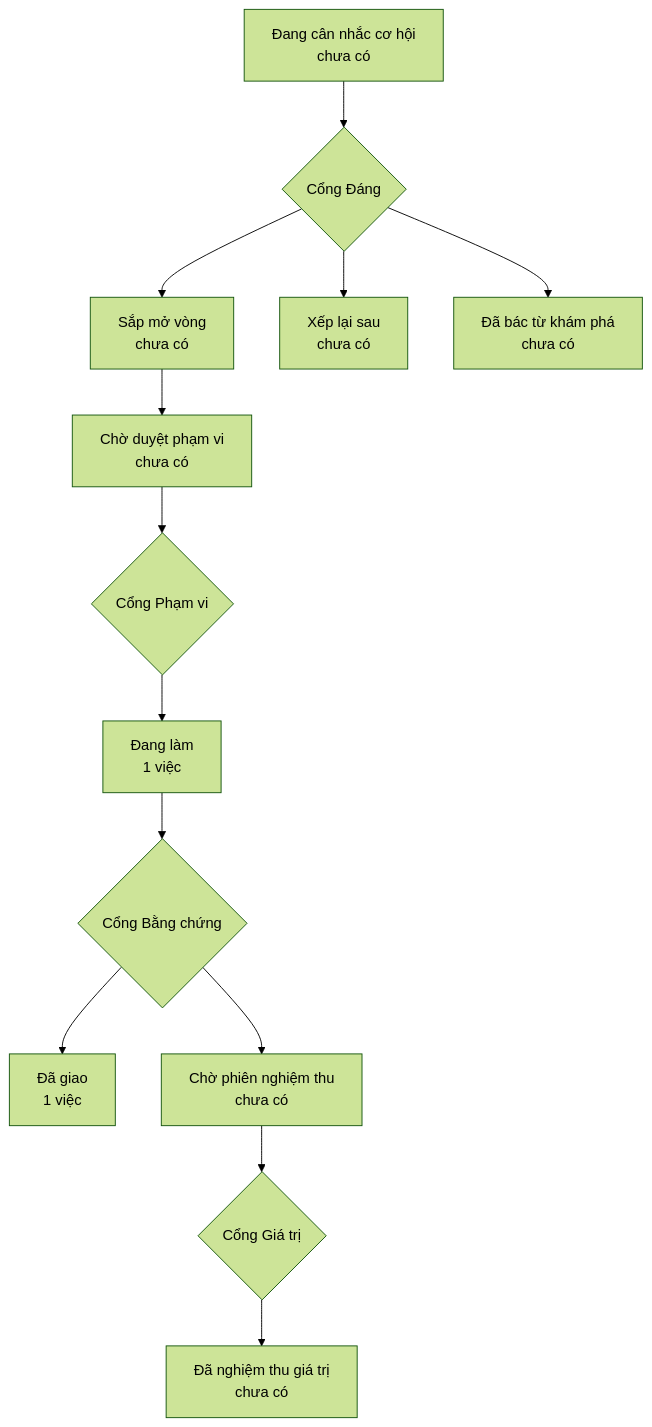
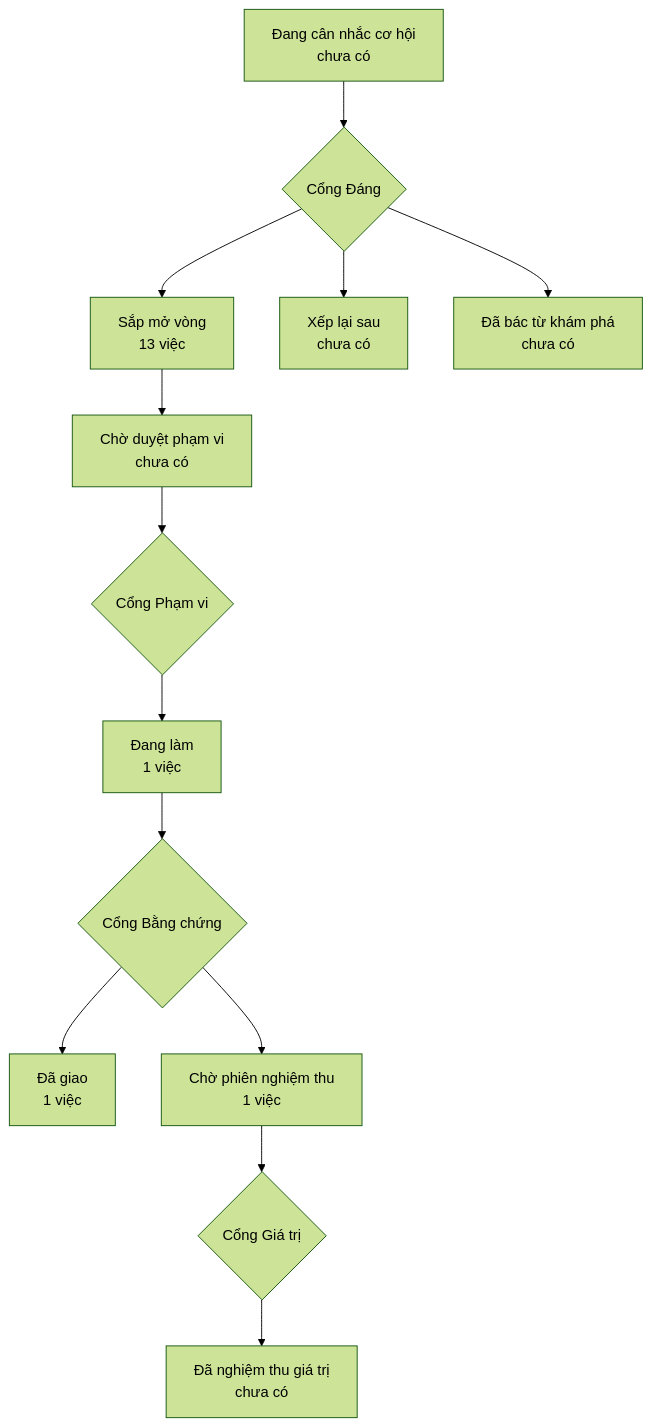
Before and after one commit to phanlemanh/onehub-inventory: the diagram in PRODUCT-MAP.md, drawn with Mermaid (forest theme). The commit also changed other lines of this file and 5 other files, not shown here.

````diff
--- a/PRODUCT-MAP.md
+++ b/PRODUCT-MAP.md
@@ -7,12 +7,12 @@
 ```mermaid
 flowchart TD
   A["Đang cân nhắc cơ hội<br/>chưa có"] --> GD{"Cổng Đáng"}
-  GD --> B["Sắp mở vòng<br/>chưa có"]
+  GD --> B["Sắp mở vòng<br/>13 việc"]
   GD --> XL["Xếp lại sau<br/>chưa có"]
   GD --> DB["Đã bác từ khám phá<br/>chưa có"]
   B --> CD["Chờ duyệt phạm vi<br/>chưa có"] --> GP{"Cổng Phạm vi"}
   GP --> DL["Đang làm<br/>1 việc"] --> GB{"Cổng Bằng chứng"}
   GB --> DG["Đã giao<br/>1 việc"]
-  GB --> CN["Chờ phiên nghiệm thu<br/>chưa có"] --> GG{"Cổng Giá trị"}
+  GB --> CN["Chờ phiên nghiệm thu<br/>1 việc"] --> GG{"Cổng Giá trị"}
   GG --> NT["Đã nghiệm thu giá trị<br/>chưa có"]
 ```
````
